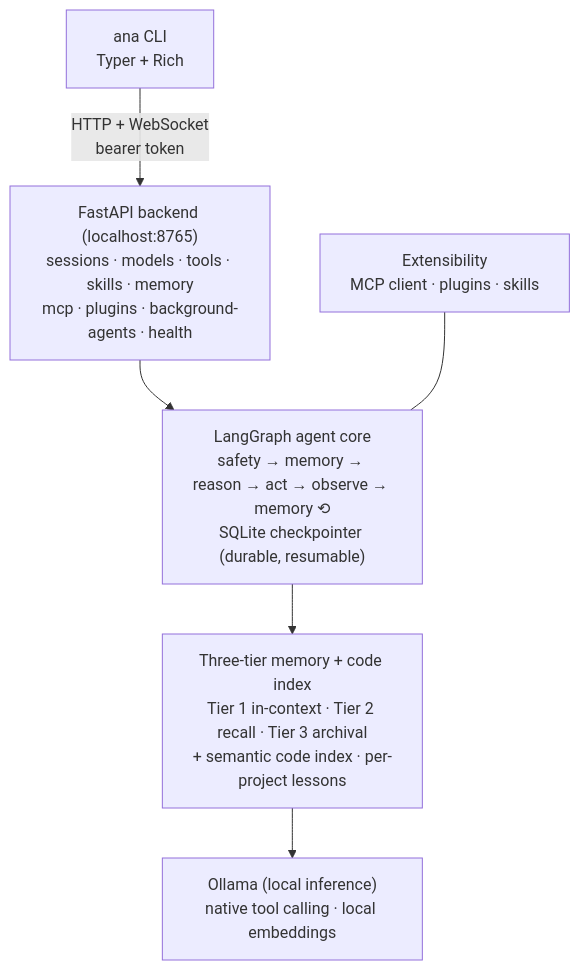
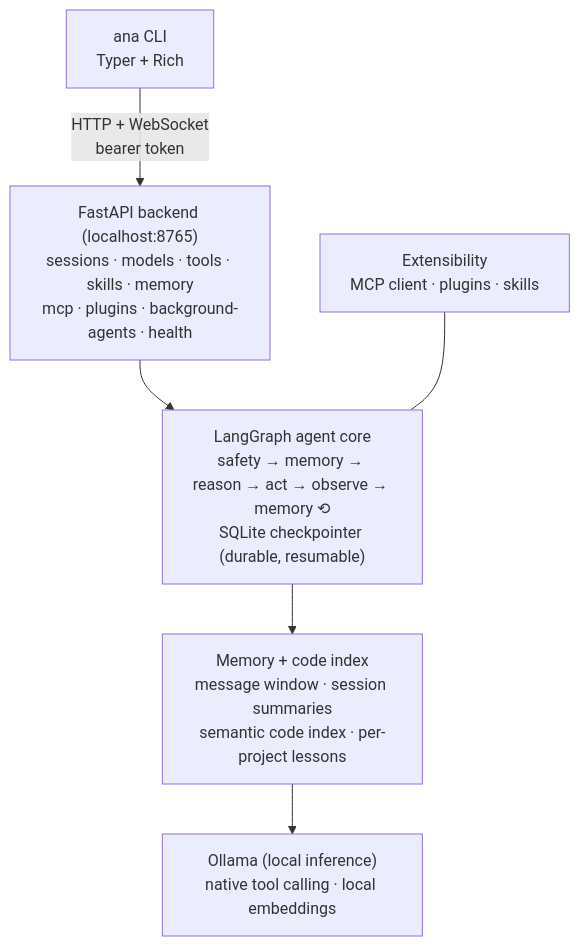
Before and after one commit to matiomacedo/ana: the diagram in docs/reference/architecture.md, drawn with Mermaid. The commit also changed other lines of this file and 20 other files, not shown here.

````diff
--- a/docs/reference/architecture.md
+++ b/docs/reference/architecture.md
@@ -8,9 +8,9 @@
 ```mermaid
 flowchart TD
     CLI["ana CLI<br/>Typer + Rich"] -->|"HTTP + WebSocket<br/>bearer token"| API
     API["FastAPI backend (localhost:8765)<br/>sessions · models · tools · skills · memory<br/>mcp · plugins · background-agents · health"] --> Agent
     Agent["LangGraph agent core<br/>safety → memory → reason → act → observe → memory ⟲<br/>SQLite checkpointer (durable, resumable)"] --> Memory
-    Memory["Three-tier memory + code index<br/>Tier 1 in-context · Tier 2 recall · Tier 3 archival<br/>+ semantic code index · per-project lessons"] --> Ollama
+    Memory["Memory + code index<br/>message window · session summaries<br/>semantic code index · per-project lessons"] --> Ollama
     Ext["Extensibility<br/>MCP client · plugins · skills"] --- Agent
     Ollama["Ollama (local inference)<br/>native tool calling · local embeddings"]
 ```
````
